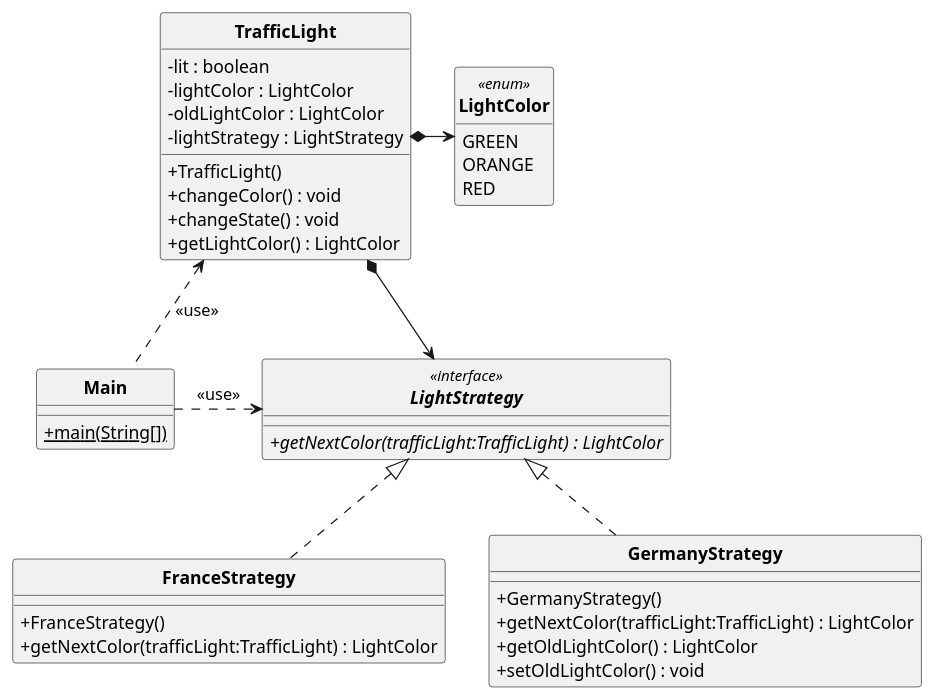
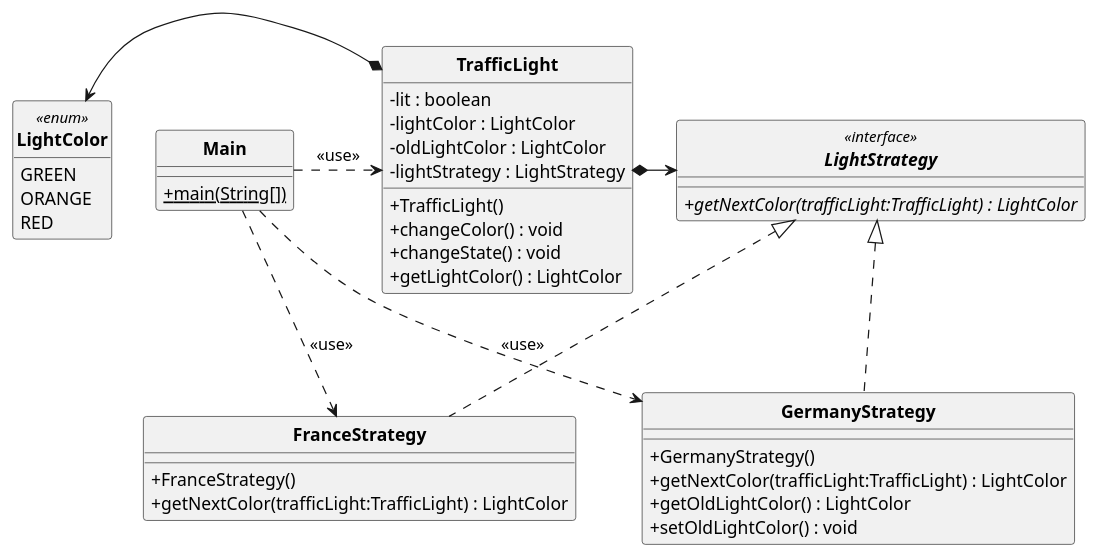
One commit to BaptisteWetterwald/dut-a31 changed the diagram in src/TD1/Exo3/exo3.puml. Above: the diagram before and after it, drawn with PlantUML. The commit also changed 1 other file, not shown here.

```diff
--- a/src/TD1/Exo3/exo3.puml
+++ b/src/TD1/Exo3/exo3.puml
@@ -1,58 +1,59 @@
 @startuml
 'https://plantuml.com/class-diagram
 
 skinparam style strictuml
 skinparam classAttributeIconSize 0
 skinparam classFontStyle Bold
 hide enum methods
 
 enum LightColor <<enum>>
 {
     GREEN
     ORANGE
     RED
 }
 
 interface LightStrategy <<interface>>
 {
     + {abstract} getNextColor(trafficLight:TrafficLight) : LightColor
 }
 
 class Main
 {
     + {static} main(String[])
 }
 
 class TrafficLight
 {
     - lit : boolean
     - lightColor : LightColor
     - oldLightColor : LightColor
     - lightStrategy : LightStrategy
 
     + TrafficLight()
     + changeColor() : void
     + changeState() : void
     + getLightColor() : LightColor
 }
 
 class FranceStrategy implements LightStrategy
 {
     + FranceStrategy()
     + getNextColor(trafficLight:TrafficLight) : LightColor
 }
 
 class GermanyStrategy implements LightStrategy
 {
     + GermanyStrategy()
     + getNextColor(trafficLight:TrafficLight) : LightColor
     + getOldLightColor() : LightColor
     + setOldLightColor() : void
 }
 
 TrafficLight *-> LightStrategy
-TrafficLight *-> LightColor
-Main .up.> TrafficLight : <<use>>
-Main .> LightStrategy : <<use>>
+TrafficLight *-left> LightColor
+Main .> TrafficLight : <<use>>
+Main .> FranceStrategy : <<use>>
+Main .> GermanyStrategy : <<use>>
 
 @enduml
```
